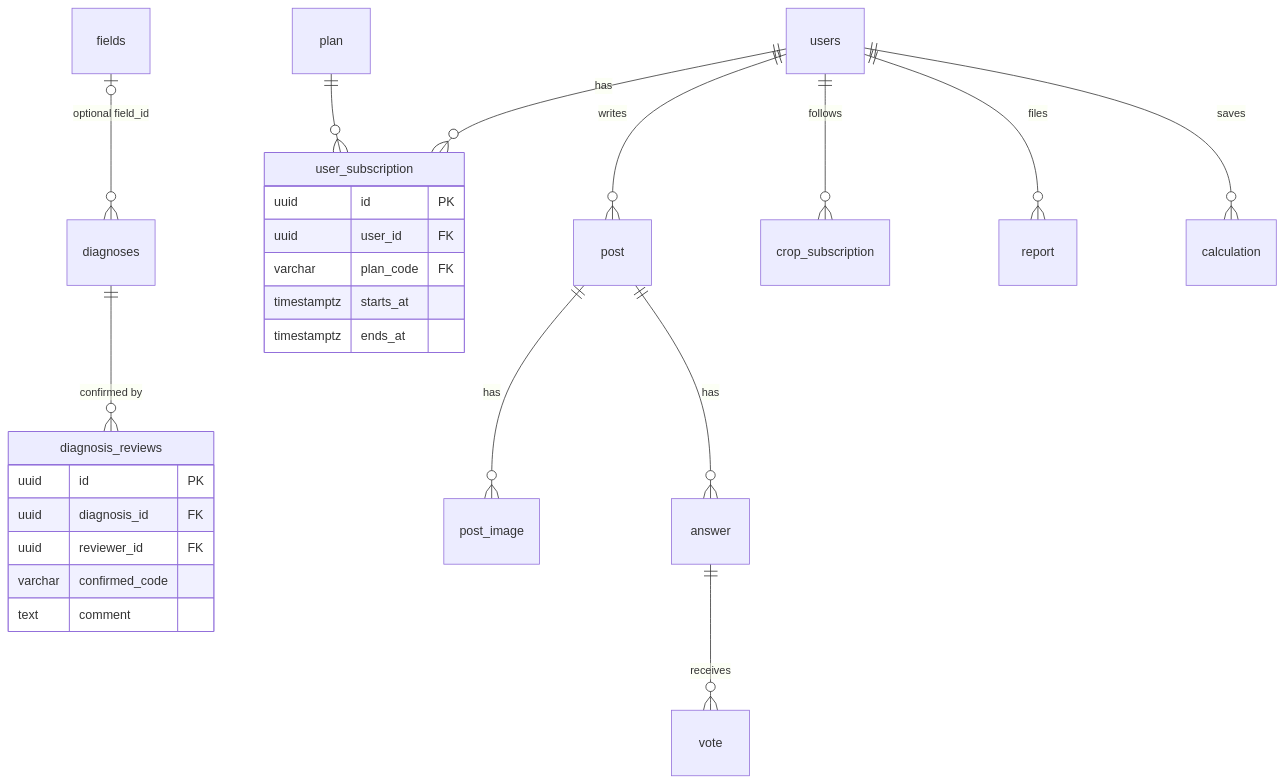
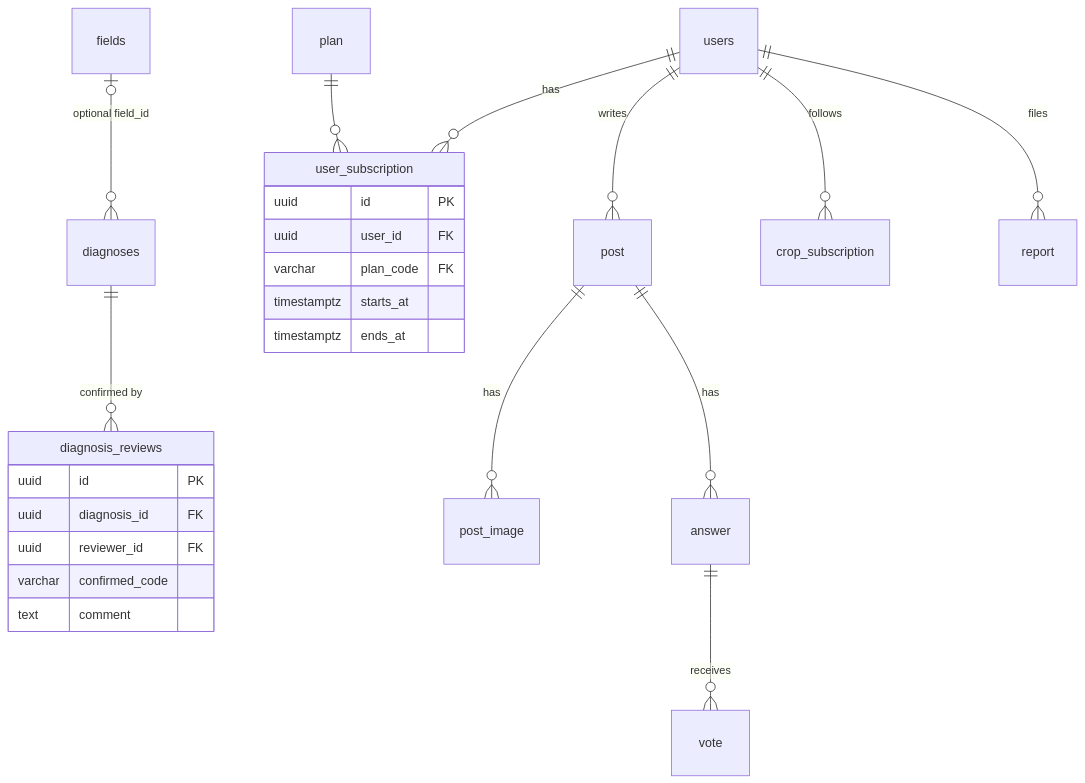
The second of 2 diagrams in docs/diagrams/database-er.md (nurbolatdev/agroadvisor-kz), drawn with Mermaid before and after one commit. The commit also changed other lines of this file and 2 other files, not shown here.

````diff
--- a/docs/diagrams/database-er.md
+++ b/docs/diagrams/database-er.md
@@ -293,29 +310,28 @@
 ```mermaid
 erDiagram
     fields |o--o{ diagnoses : "optional field_id"
     diagnoses ||--o{ diagnosis_reviews : "confirmed by"
     users ||--o{ user_subscription : has
     plan ||--o{ user_subscription : ""
     users ||--o{ post : writes
     post ||--o{ post_image : has
     post ||--o{ answer : has
     answer ||--o{ vote : receives
     users ||--o{ crop_subscription : follows
     users ||--o{ report : files
-    users ||--o{ calculation : saves
 
     diagnosis_reviews {
         uuid id PK
         uuid diagnosis_id FK
         uuid reviewer_id FK
         varchar confirmed_code
         text comment
     }
     user_subscription {
         uuid id PK
         uuid user_id FK
         varchar plan_code FK
         timestamptz starts_at
         timestamptz ends_at
     }
 ```
````
